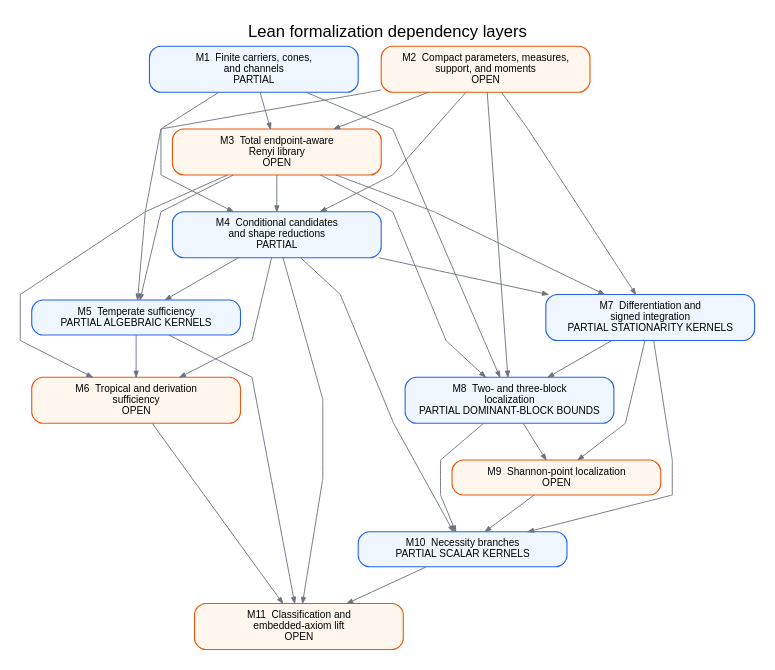
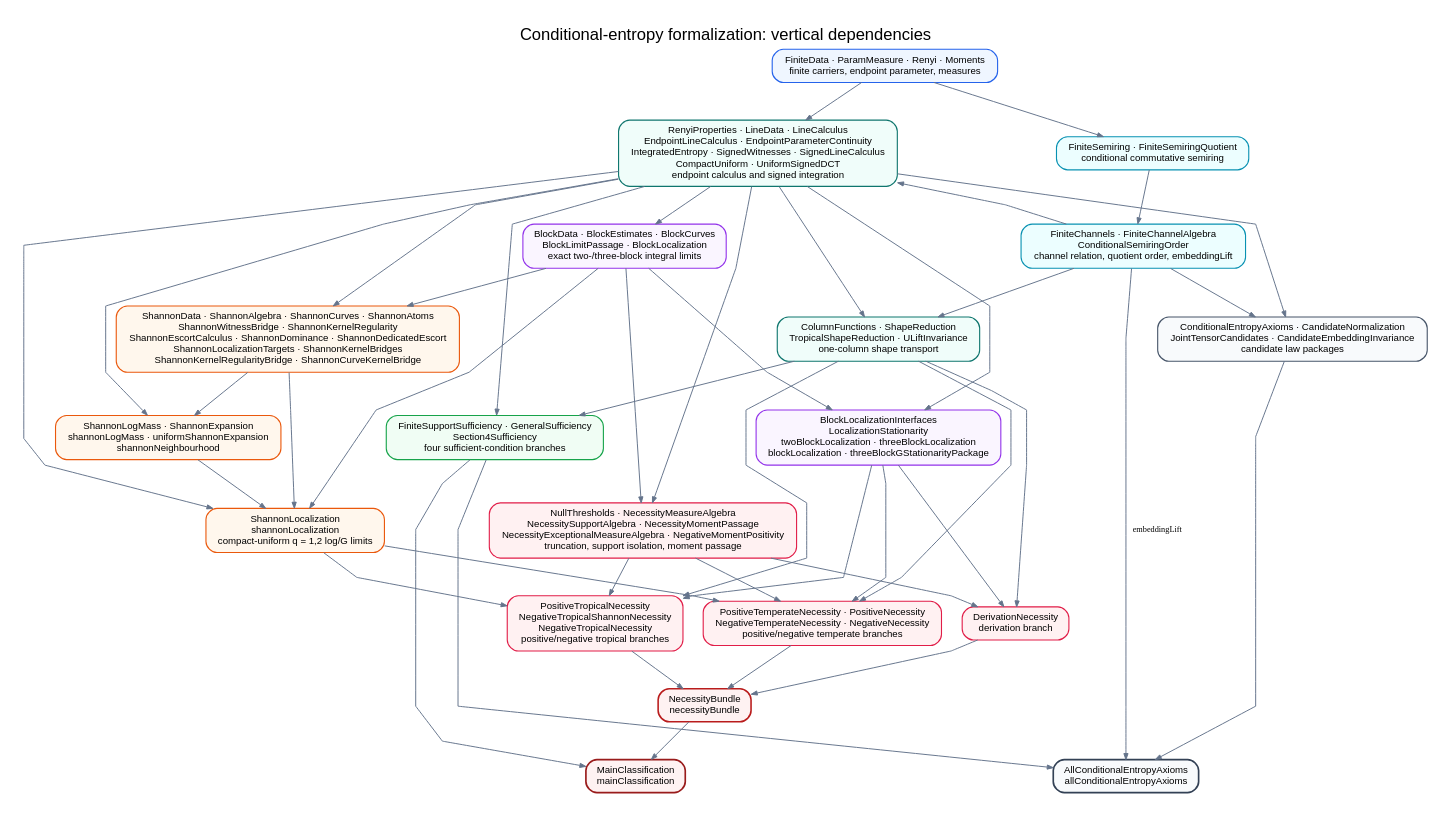
One commit to robertorubboli/A-complete-characterization-of-conditional-entropies changed the diagram in paper/dependency-graph.dot. Above: the diagram before and after it, drawn with Graphviz. The commit also changed 105 other files, not shown here.

Commit message:
Complete the conditional entropy formalization

```diff
--- a/paper/dependency-graph.dot
+++ b/paper/dependency-graph.dot
@@ -1,70 +1,114 @@
-digraph FormalizationLayers {
-  graph [rankdir=TB, bgcolor="white", pad=0.20, nodesep=0.35,
+digraph ConditionalEntropyDependencies {
+  graph [rankdir=TB, bgcolor="white", pad=0.25, nodesep=0.30,
          ranksep=0.55, splines=polyline, newrank=true,
          fontname="Arial", fontsize=18,
-         label="Lean formalization dependency layers", labelloc=t];
+         label="Conditional-entropy formalization: vertical dependencies",
+         labelloc=t];
   node [shape=box, style="rounded,filled", penwidth=1.2,
-        fontname="Arial", fontsize=11, margin="0.16,0.10",
-        width=3.15];
-  edge [color="#6b7280", penwidth=1.0, arrowsize=0.65];
+        fontname="Arial", fontsize=10.5, margin="0.15,0.09"];
+  edge [color="#64748b", penwidth=1.05, arrowsize=0.65];
 
-  m1 [label="M1  Finite carriers, cones,\nand channels\nPARTIAL",
-      fillcolor="#eff6ff", color="#2563eb"];
-  m2 [label="M2  Compact parameters, measures,\nsupport, and moments\nOPEN",
-      fillcolor="#fff7ed", color="#ea580c"];
-  m3 [label="M3  Total endpoint-aware\nRenyi library\nOPEN",
-      fillcolor="#fff7ed", color="#ea580c"];
-  m4 [label="M4  Conditional candidates\nand shape reductions\nPARTIAL",
-      fillcolor="#eff6ff", color="#2563eb"];
-  m5 [label="M5  Temperate sufficiency\nPARTIAL ALGEBRAIC KERNELS",
-      fillcolor="#eff6ff", color="#2563eb"];
-  m6 [label="M6  Tropical and derivation\nsufficiency\nOPEN",
-      fillcolor="#fff7ed", color="#ea580c"];
-  m7 [label="M7  Differentiation and\nsigned integration\nPARTIAL STATIONARITY KERNELS",
-      fillcolor="#eff6ff", color="#2563eb"];
-  m8 [label="M8  Two- and three-block\nlocalization\nPARTIAL DOMINANT-BLOCK BOUNDS",
-      fillcolor="#eff6ff", color="#2563eb"];
-  m9 [label="M9  Shannon-point localization\nOPEN",
-      fillcolor="#fff7ed", color="#ea580c"];
-  m10 [label="M10  Necessity branches\nPARTIAL SCALAR KERNELS",
-       fillcolor="#eff6ff", color="#2563eb"];
-  m11 [label="M11  Classification and\nembedded-axiom lift\nOPEN",
-       fillcolor="#fff7ed", color="#ea580c"];
+  foundation [label="FiniteData · ParamMeasure · Renyi · Moments\nfinite carriers, endpoint parameter, measures",
+              fillcolor="#eff6ff", color="#2563eb"];
 
-  { rank=same; m1; m2 }
-  { rank=same; m5; m7 }
-  { rank=same; m6; m8 }
+  semiring [label="FiniteSemiring · FiniteSemiringQuotient\nconditional commutative semiring",
+            fillcolor="#ecfeff", color="#0891b2"];
+  channels [label="FiniteChannels · FiniteChannelAlgebra\nConditionalSemiringOrder\nchannel relation, quotient order, embeddingLift",
+            fillcolor="#ecfeff", color="#0891b2"];
 
-  m1 -> m3;
-  m2 -> m3;
-  m1 -> m4;
-  m2 -> m4;
-  m3 -> m4;
+  endpoint [label="RenyiProperties · LineData · LineCalculus\nEndpointLineCalculus · EndpointParameterContinuity\nIntegratedEntropy · SignedWitnesses · SignedLineCalculus\nCompactUniform · UniformSignedDCT\nendpoint calculus and signed integration",
+            fillcolor="#f0fdfa", color="#0f766e"];
+  shape [label="ColumnFunctions · ShapeReduction\nTropicalShapeReduction · ULiftInvariance\none-column shape transport",
+         fillcolor="#f0fdfa", color="#0f766e"];
 
-  m2 -> m5;
-  m3 -> m5;
-  m4 -> m5;
-  m3 -> m6;
-  m4 -> m6;
-  m5 -> m6;
+  sufficiency [label="FiniteSupportSufficiency · GeneralSufficiency\nSection4Sufficiency\nfour sufficient-condition branches",
+               fillcolor="#f0fdf4", color="#16a34a"];
 
-  m2 -> m7;
-  m3 -> m7;
-  m4 -> m7;
-  m1 -> m8;
-  m2 -> m8;
-  m3 -> m8;
-  m7 -> m8;
-  m7 -> m9;
-  m8 -> m9;
+  block [label="BlockData · BlockEstimates · BlockCurves\nBlockLimitPassage · BlockLocalization\nexact two-/three-block integral limits",
+         fillcolor="#faf5ff", color="#9333ea"];
+  block_interface [label="BlockLocalizationInterfaces\nLocalizationStationarity\ntwoBlockLocalization · threeBlockLocalization\nblockLocalization · threeBlockGStationarityPackage",
+                   fillcolor="#faf5ff", color="#9333ea"];
 
-  m4 -> m10;
-  m7 -> m10;
-  m8 -> m10;
-  m9 -> m10;
+  shannon_core [label="ShannonData · ShannonAlgebra · ShannonCurves · ShannonAtoms\nShannonWitnessBridge · ShannonKernelRegularity\nShannonEscortCalculus · ShannonDominance · ShannonDedicatedEscort\nShannonLocalizationTargets · ShannonKernelBridges\nShannonKernelRegularityBridge · ShannonCurveKernelBridge",
+                fillcolor="#fff7ed", color="#ea580c"];
+  shannon_asymptotics [label="ShannonLogMass · ShannonExpansion\nshannonLogMass · uniformShannonExpansion\nshannonNeighbourhood",
+                       fillcolor="#fff7ed", color="#ea580c"];
+  shannon_localization [label="ShannonLocalization\nshannonLocalization\ncompact-uniform q = 1,2 log/G limits",
+                        fillcolor="#fff7ed", color="#ea580c"];
 
-  m4 -> m11;
-  m5 -> m11;
-  m6 -> m11;
-  m10 -> m11;
+  necessity_measure [label="NullThresholds · NecessityMeasureAlgebra\nNecessitySupportAlgebra · NecessityMomentPassage\nNecessityExceptionalMeasureAlgebra · NegativeMomentPositivity\ntruncation, support isolation, moment passage",
+                     fillcolor="#fff1f2", color="#e11d48"];
+  temperate [label="PositiveTemperateNecessity · PositiveNecessity\nNegativeTemperateNecessity · NegativeNecessity\npositive/negative temperate branches",
+             fillcolor="#fff1f2", color="#e11d48"];
+  tropical [label="PositiveTropicalNecessity\nNegativeTropicalShannonNecessity\nNegativeTropicalNecessity\npositive/negative tropical branches",
+            fillcolor="#fff1f2", color="#e11d48"];
+  derivation [label="DerivationNecessity\nderivation branch",
+              fillcolor="#fff1f2", color="#e11d48"];
+
+  necessity_bundle [label="NecessityBundle\nnecessityBundle",
+                    fillcolor="#fef2f2", color="#b91c1c", penwidth=1.7];
+  classification [label="MainClassification\nmainClassification",
+                  fillcolor="#fef2f2", color="#991b1b", penwidth=1.8];
+
+  candidate_axioms [label="ConditionalEntropyAxioms · CandidateNormalization\nJointTensorCandidates · CandidateEmbeddingInvariance\ncandidate law packages",
+                    fillcolor="#f8fafc", color="#475569"];
+  all_axioms [label="AllConditionalEntropyAxioms\nallConditionalEntropyAxioms",
+              fillcolor="#f8fafc", color="#334155", penwidth=1.8];
+
+  { rank=same; semiring; endpoint }
+  { rank=same; sufficiency; block_interface; shannon_asymptotics }
+  { rank=same; temperate; tropical; derivation }
+  { rank=same; classification; all_axioms }
+
+  foundation -> semiring;
+  foundation -> endpoint;
+  semiring -> channels;
+  channels -> endpoint;
+  channels -> shape;
+  endpoint -> shape;
+
+  endpoint -> sufficiency;
+  shape -> sufficiency;
+
+  endpoint -> block;
+  block -> block_interface;
+  endpoint -> block_interface;
+
+  block -> shannon_core;
+  endpoint -> shannon_core;
+  shannon_core -> shannon_asymptotics;
+  endpoint -> shannon_asymptotics;
+  shannon_asymptotics -> shannon_localization;
+  shannon_core -> shannon_localization;
+  block -> shannon_localization;
+  endpoint -> shannon_localization;
+
+  endpoint -> necessity_measure;
+  block -> necessity_measure;
+
+  shape -> temperate;
+  block_interface -> temperate;
+  shannon_localization -> temperate;
+  necessity_measure -> temperate;
+
+  shape -> tropical;
+  block_interface -> tropical;
+  shannon_localization -> tropical;
+  necessity_measure -> tropical;
+
+  shape -> derivation;
+  block_interface -> derivation;
+  necessity_measure -> derivation;
+
+  temperate -> necessity_bundle;
+  tropical -> necessity_bundle;
+  derivation -> necessity_bundle;
+  necessity_bundle -> classification;
+  sufficiency -> classification;
+
+  channels -> candidate_axioms;
+  endpoint -> candidate_axioms;
+  candidate_axioms -> all_axioms;
+  sufficiency -> all_axioms;
+  channels -> all_axioms [label="embeddingLift", fontsize=9];
 }
```
